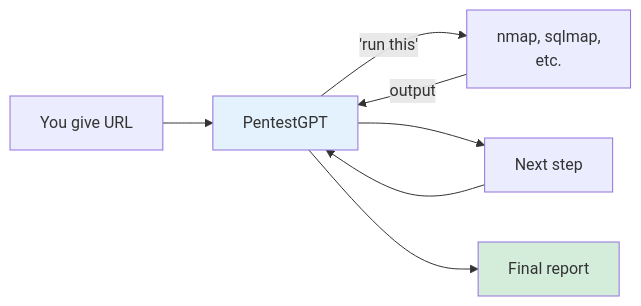
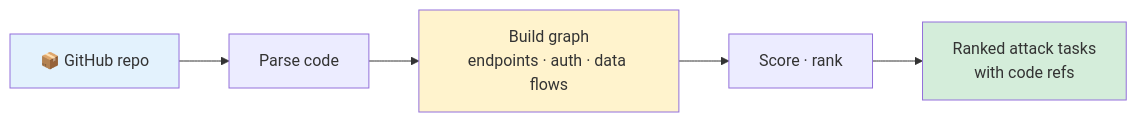
One commit to DevOpsMadDog/trustgraph-security changed diagram 13 of 20 in PRIMER.md. Above: the diagram before and after it, drawn with Mermaid. The commit also changed other lines of this file and 3 other files, not shown here.

````diff
--- a/PRIMER.md
+++ b/PRIMER.md
@@ -244,11 +249,10 @@
 ```mermaid
 flowchart LR
-    A[You give URL] --> B[PentestGPT]
-    B -->|"'run this'"| C[nmap, sqlmap,<br/>etc.]
-    C -->|output| B
-    B --> D[Next step]
-    D --> B
-    B --> E[Final report]
-    style B fill:#e3f2fd
-    style E fill:#d4edda
+    R[📦 GitHub repo] --> P[Parse code]
+    P --> G[Build graph<br/>endpoints · auth · data flows]
+    G --> S[Score · rank]
+    S --> T[Ranked attack tasks<br/>with code refs]
+    style R fill:#e3f2fd
+    style G fill:#fff3cd
+    style T fill:#d4edda
 ```
````
